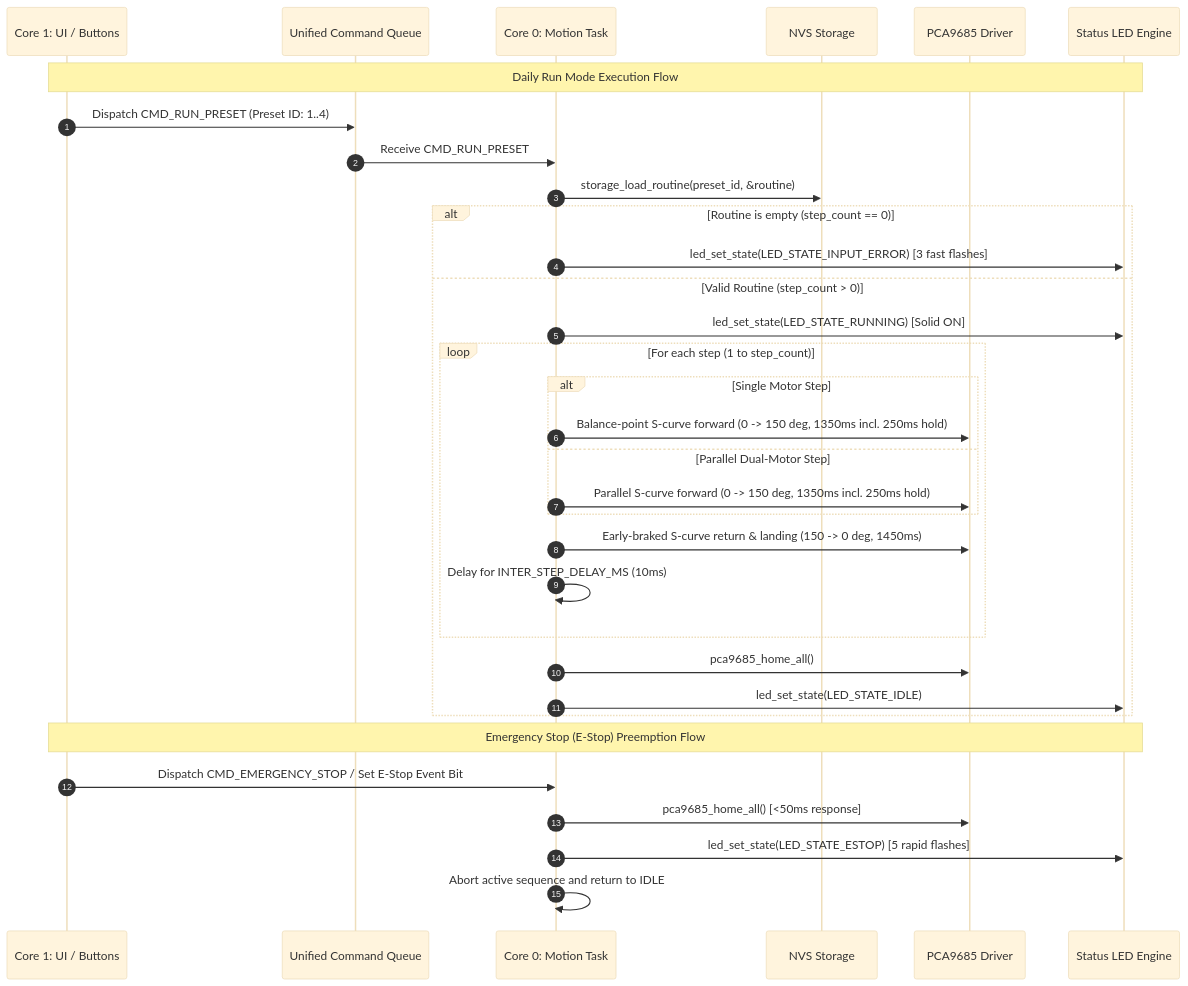
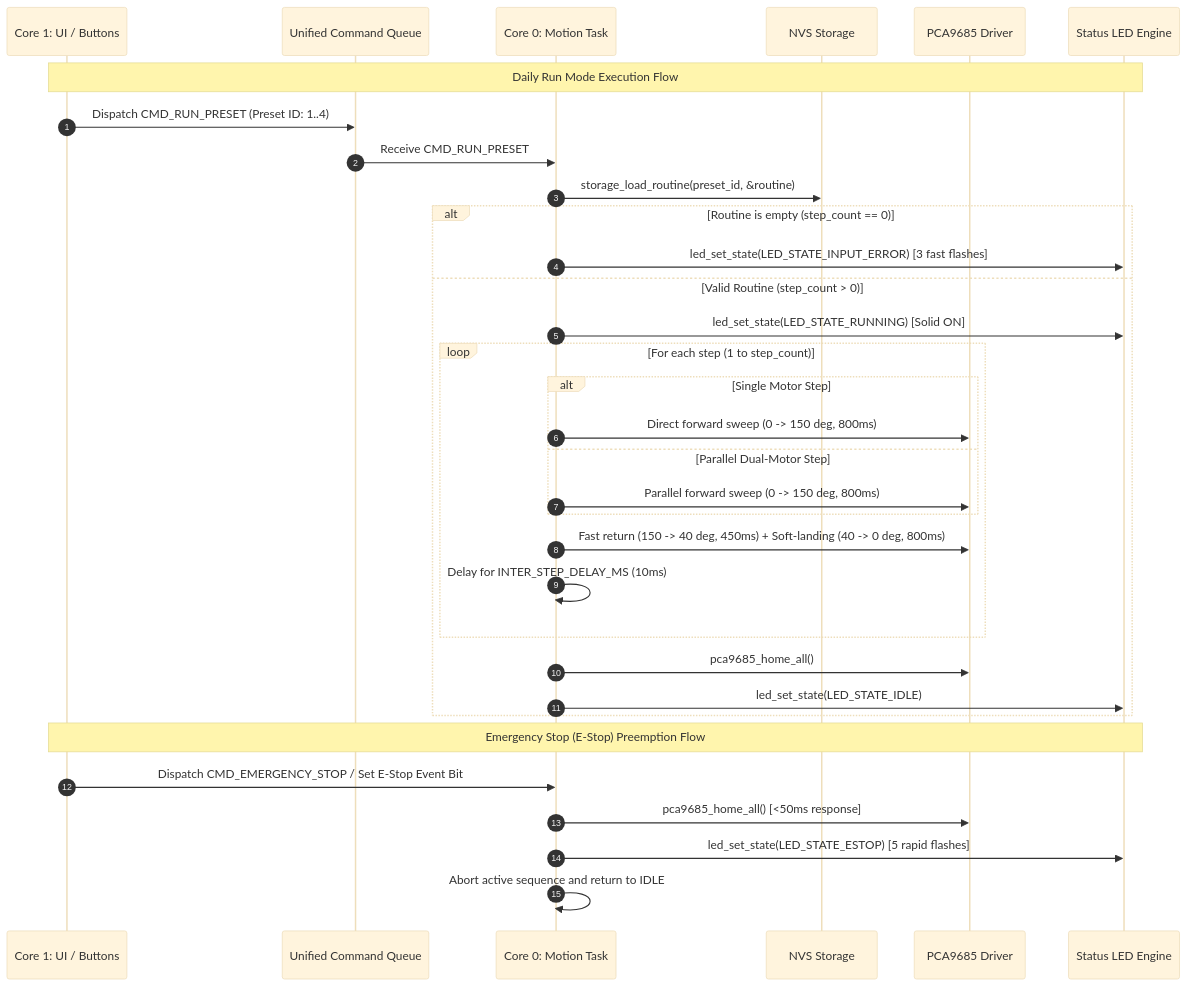
One commit to aiandrobotics/fabrica changed the diagram in firmware/specs/2026-08-27-phase-5-motion-engine/requirements.md. Above: the diagram before and after it, drawn with Mermaid (base theme). The commit also changed other lines of this file and 55 other files, not shown here.

Commit message:
Simplify motion engine to 150° direct sweep + 40° soft-landing, upgrade CAD to 45° diamond square drive couplers, and sync all specs

````diff
--- a/firmware/specs/2026-08-27-phase-5-motion-engine/requirements.md
+++ b/firmware/specs/2026-08-27-phase-5-motion-engine/requirements.md
@@ -75,37 +76,37 @@
 ```mermaid
 sequenceDiagram
     autonumber
     participant UI as Core 1: UI / Buttons
     participant Q as Unified Command Queue
     participant M as Core 0: Motion Task
     participant NVS as NVS Storage
     participant I2C as PCA9685 Driver
     participant LED as Status LED Engine
 
     Note over UI,LED: Daily Run Mode Execution Flow
     UI->>Q: Dispatch CMD_RUN_PRESET (Preset ID: 1..4)
     Q->>M: Receive CMD_RUN_PRESET
     M->>NVS: storage_load_routine(preset_id, &routine)
     alt Routine is empty (step_count == 0)
         M->>LED: led_set_state(LED_STATE_INPUT_ERROR) [3 fast flashes]
     else Valid Routine (step_count > 0)
         M->>LED: led_set_state(LED_STATE_RUNNING) [Solid ON]
         loop For each step (1 to step_count)
             alt Single Motor Step
-                M->>I2C: Balance-point S-curve forward (0 -> 150 deg, 1350ms incl. 250ms hold)
+                M->>I2C: Direct forward sweep (0 -> 150 deg, 800ms)
             else Parallel Dual-Motor Step
-                M->>I2C: Parallel S-curve forward (0 -> 150 deg, 1350ms incl. 250ms hold)
+                M->>I2C: Parallel forward sweep (0 -> 150 deg, 800ms)
             end
-            M->>I2C: Early-braked S-curve return & landing (150 -> 0 deg, 1450ms)
+            M->>I2C: Fast return (150 -> 40 deg, 450ms) + Soft-landing (40 -> 0 deg, 800ms)
             M->>M: Delay for INTER_STEP_DELAY_MS (10ms)
         end
         M->>I2C: pca9685_home_all()
         M->>LED: led_set_state(LED_STATE_IDLE)
     end
 
     Note over UI,LED: Emergency Stop (E-Stop) Preemption Flow
     UI->>M: Dispatch CMD_EMERGENCY_STOP / Set E-Stop Event Bit
     M->>I2C: pca9685_home_all() [<50ms response]
     M->>LED: led_set_state(LED_STATE_ESTOP) [5 rapid flashes]
     M->>M: Abort active sequence and return to IDLE
 ```
````
